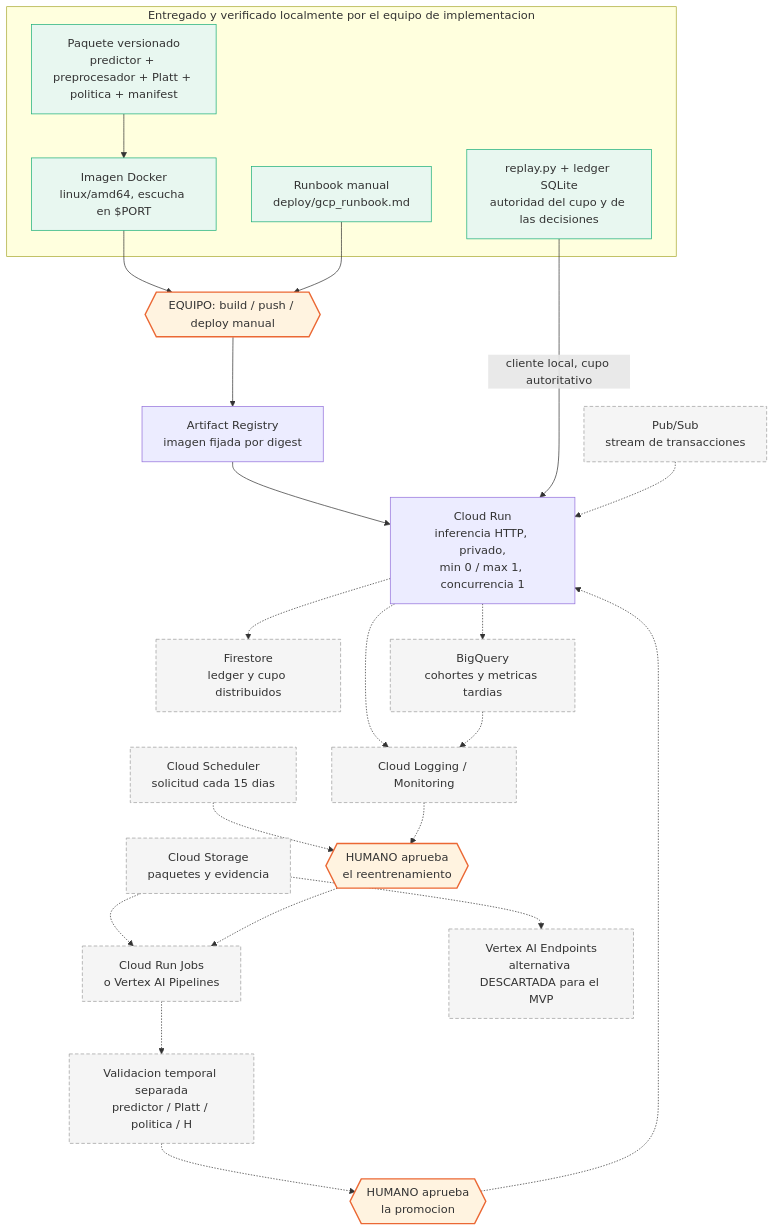
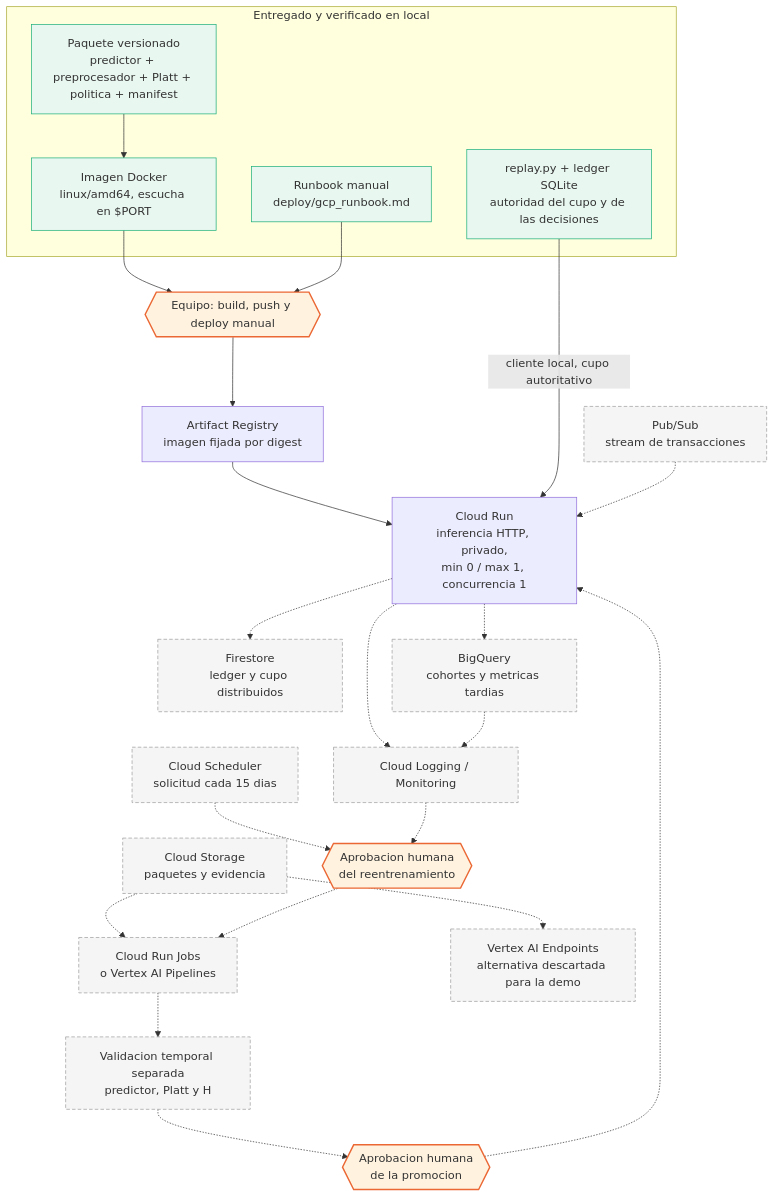
One commit to PedroMO11/PLANIFICA_PROYECTO01 changed the diagram in deploy/arquitectura_gcp.mmd. Above: the diagram before and after it, drawn with Mermaid. The commit also changed 10 other files, not shown here.

```diff
--- a/deploy/arquitectura_gcp.mmd
+++ b/deploy/arquitectura_gcp.mmd
@@ -1,43 +1,43 @@
 %% Propuesta de despliegue en GCP.
-%% IMPORTANTE: ningun recurso de este diagrama fue creado. El equipo ejecuta
-%% manualmente los pasos de deploy/gcp_runbook.md.
+%% Ningun recurso de este diagrama fue creado; el equipo ejecuta a mano los pasos
+%% de deploy/gcp_runbook.md.
 %% Linea continua = entregado y probado localmente.
 %% Linea punteada = diseno futuro, sin implementacion ni codigo de integracion.
 flowchart TB
-    subgraph LOCAL["Entregado y verificado localmente por el equipo de implementacion"]
+    subgraph LOCAL["Entregado y verificado en local"]
         PKG["Paquete versionado<br/>predictor + preprocesador + Platt + politica + manifest"]
         IMG["Imagen Docker<br/>linux/amd64, escucha en $PORT"]
         RPL["replay.py + ledger SQLite<br/>autoridad del cupo y de las decisiones"]
         RUN["Runbook manual<br/>deploy/gcp_runbook.md"]
     end
 
     PKG --> IMG
-    IMG --> MAN{{"EQUIPO: build / push / deploy manual"}}
+    IMG --> MAN{{"Equipo: build, push y deploy manual"}}
     RUN --> MAN
 
     MAN --> AR["Artifact Registry<br/>imagen fijada por digest"]
     AR --> CR["Cloud Run<br/>inferencia HTTP, privado,<br/>min 0 / max 1, concurrencia 1"]
     RPL -->|"cliente local, cupo autoritativo"| CR
 
     GCS["Cloud Storage<br/>paquetes y evidencia"] -.-> JOB["Cloud Run Jobs<br/>o Vertex AI Pipelines"]
     PS["Pub/Sub<br/>stream de transacciones"] -.-> CR
     CR -.-> FS["Firestore<br/>ledger y cupo distribuidos"]
     CR -.-> BQ["BigQuery<br/>cohortes y metricas tardias"]
     CR -.-> LOG["Cloud Logging / Monitoring"]
     BQ -.-> LOG
 
-    SCH["Cloud Scheduler<br/>solicitud cada 15 dias"] -.-> HUM{{"HUMANO aprueba<br/>el reentrenamiento"}}
+    SCH["Cloud Scheduler<br/>solicitud cada 15 dias"] -.-> HUM{{"Aprobacion humana<br/>del reentrenamiento"}}
     LOG -.-> HUM
     HUM -.-> JOB
-    JOB -.-> VALID["Validacion temporal separada<br/>predictor / Platt / politica / H"]
-    VALID -.-> HPROM{{"HUMANO aprueba<br/>la promocion"}}
+    JOB -.-> VALID["Validacion temporal separada<br/>predictor, Platt y H"]
+    VALID -.-> HPROM{{"Aprobacion humana<br/>de la promocion"}}
     HPROM -.-> CR
 
-    GCS -.-> VEP["Vertex AI Endpoints<br/>alternativa DESCARTADA para el MVP"]
+    GCS -.-> VEP["Vertex AI Endpoints<br/>alternativa descartada para la demo"]
 
     classDef humano fill:#fff3e0,stroke:#eb6834,stroke-width:2px;
     classDef futuro fill:#f5f5f5,stroke:#9e9e9e,stroke-dasharray:5 3;
     classDef local fill:#e8f7f0,stroke:#1baf7a;
     class MAN,HUM,HPROM humano;
     class GCS,PS,FS,BQ,LOG,JOB,SCH,VALID,VEP futuro;
     class PKG,IMG,RPL,RUN local;
```
